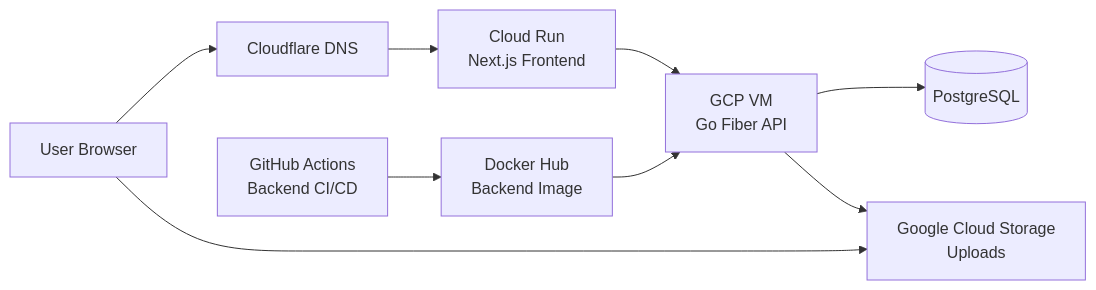
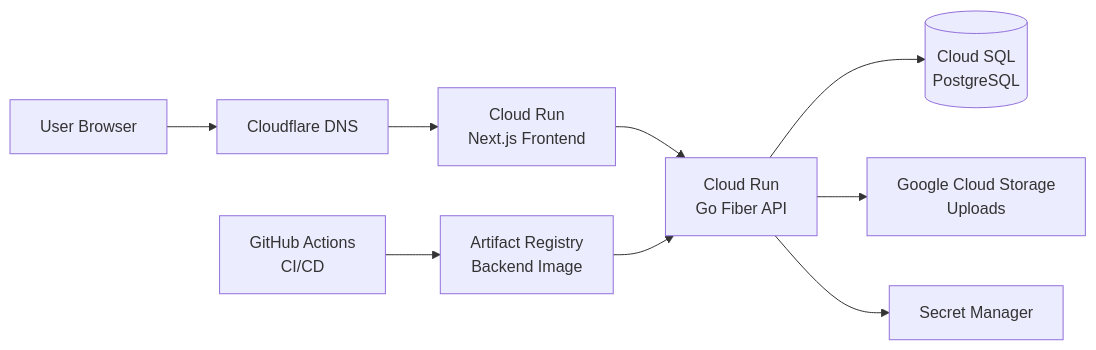
One commit to poppbsfs4za/devfolio-api changed the diagram in README.md. Above: the diagram before and after it, drawn with Mermaid. The commit also changed other lines of this file, not shown here.

Commit message:
docs: enhance README for clarity and detail; update production overview, stack, features, and architecture sections

````diff
--- a/README.md
+++ b/README.md
@@ -87,19 +152,20 @@
 ```mermaid
 flowchart LR
     U[User Browser]
     CF[Cloudflare DNS]
-    CR[Cloud Run<br/>Next.js Frontend]
-    VM[GCP VM<br/>Go Fiber API]
-    DB[(PostgreSQL)]
+    FE[Cloud Run<br/>Next.js Frontend]
+    BE[Cloud Run<br/>Go Fiber API]
+    DB[(Cloud SQL<br/>PostgreSQL)]
     GCS[Google Cloud Storage<br/>Uploads]
-    DH[Docker Hub<br/>Backend Image]
-    GHA[GitHub Actions<br/>Backend CI/CD]
+    AR[Artifact Registry<br/>Backend Image]
+    GHA[GitHub Actions<br/>CI/CD]
+    SM[Secret Manager]
 
-    U --> CF --> CR
-    CR --> VM
-    VM --> DB
-    VM --> GCS
-    U --> GCS
-
-    GHA --> DH --> VM
+    U --> CF --> FE
+    FE --> BE
+    BE --> DB
+    BE --> GCS
+    BE --> SM
+    GHA --> AR
+    AR --> BE
 ```
````
